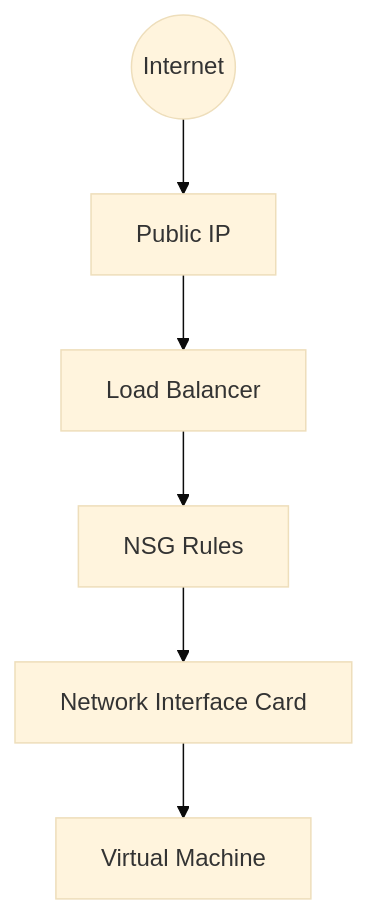
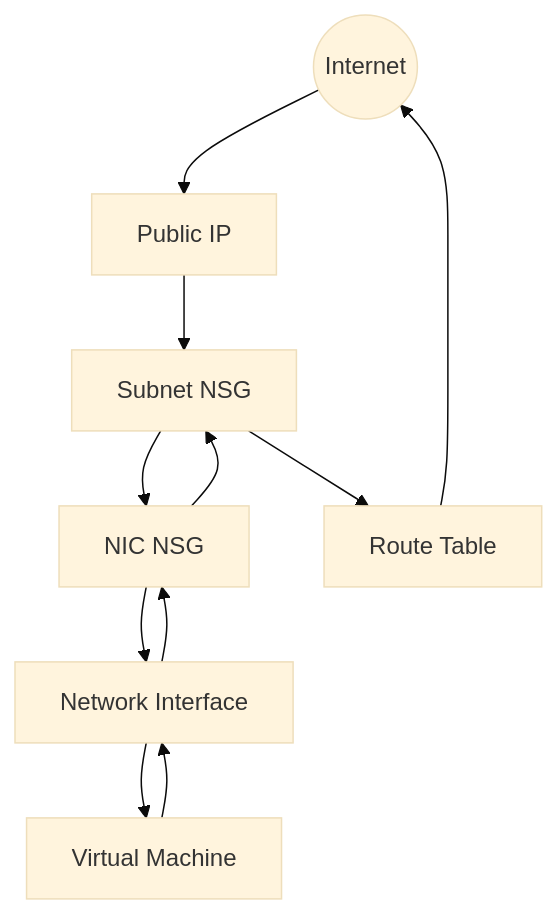
One commit to yeongseon/azure-virtual-machine-practical-guide changed the diagram in docs/platform/networking-basics.md. Above: the diagram before and after it, drawn with Mermaid (base theme). The commit also changed other lines of this file and 44 other files, not shown here.

````diff
--- a/docs/platform/networking-basics.md
+++ b/docs/platform/networking-basics.md
@@ -21,8 +21,14 @@
 ```mermaid
 graph TD
     Internet((Internet)) --> PIP[Public IP]
-    PIP --> LB[Load Balancer]
-    LB --> NSG[NSG Rules]
-    NSG --> NIC[Network Interface Card]
+    PIP --> SNSG[Subnet NSG]
+    SNSG --> NNSG[NIC NSG]
+    NNSG --> NIC[Network Interface]
     NIC --> VM[Virtual Machine]
+
+    VM --> NIC
+    NIC --> NNSG
+    NNSG --> SNSG
+    SNSG --> UDR[Route Table]
+    UDR --> Internet
 ```
````
